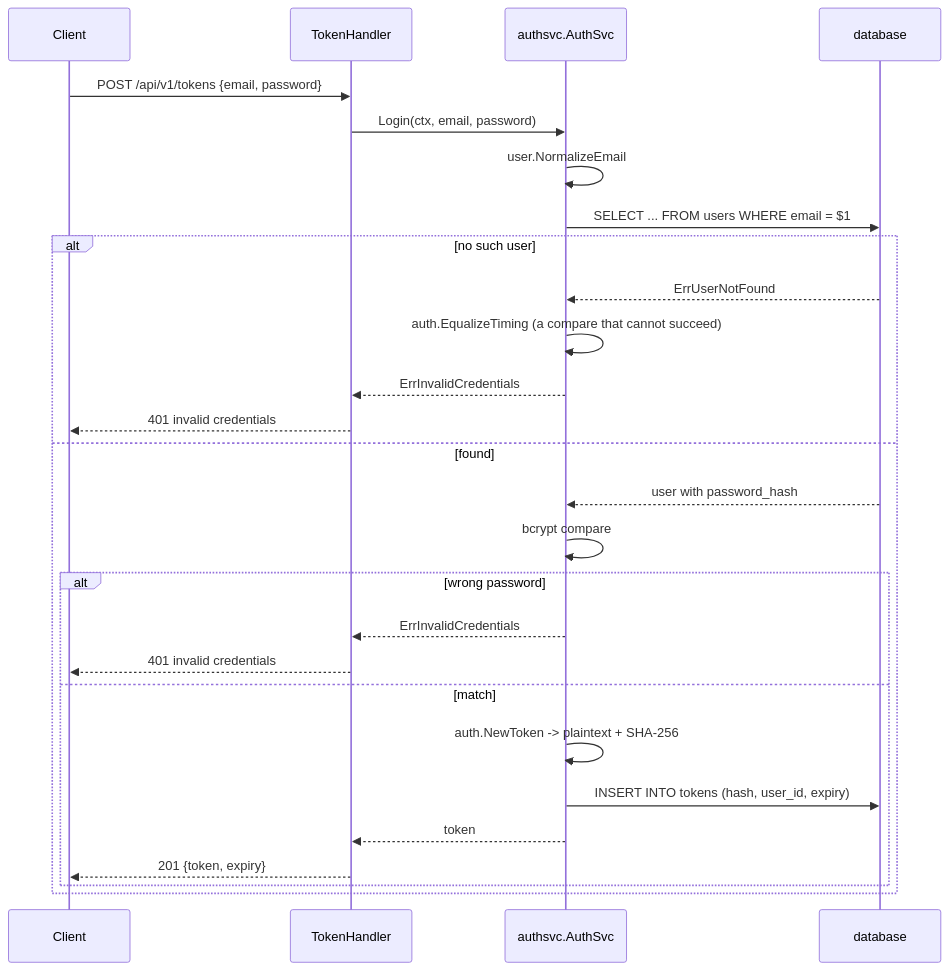
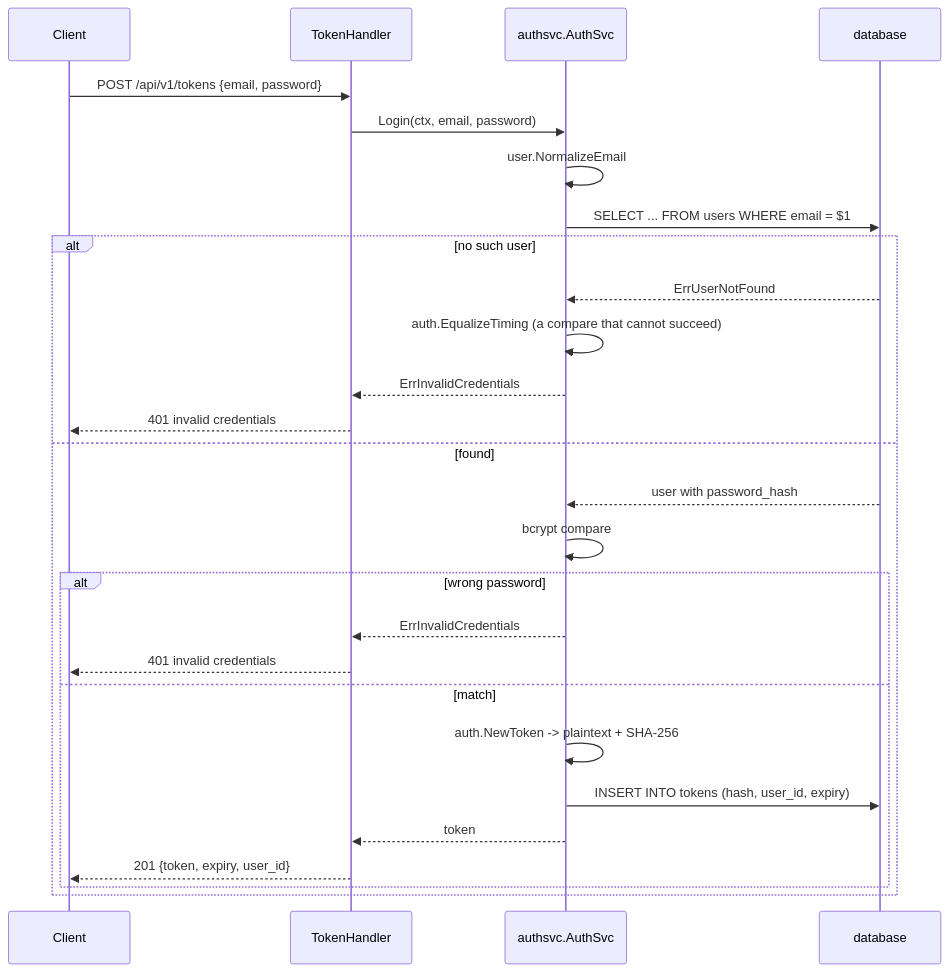
The second of 3 diagrams in dev/auth.md (salandered/wavelen), drawn with Mermaid before and after one commit. The commit also changed other lines of this file and 27 other files, not shown here.

````diff
--- a/dev/auth.md
+++ b/dev/auth.md
@@ -40,30 +40,30 @@
 ```mermaid
 sequenceDiagram
     participant C as Client
     participant H as TokenHandler
     participant S as authsvc.AuthSvc
     participant DB as database
 
     C->>H: POST /api/v1/tokens {email, password}
     H->>S: Login(ctx, email, password)
     S->>S: user.NormalizeEmail
     S->>DB: SELECT ... FROM users WHERE email = $1
     alt no such user
         DB-->>S: ErrUserNotFound
         S->>S: auth.EqualizeTiming (a compare that cannot succeed)
         S-->>H: ErrInvalidCredentials
         H-->>C: 401 invalid credentials
     else found
         DB-->>S: user with password_hash
         S->>S: bcrypt compare
         alt wrong password
             S-->>H: ErrInvalidCredentials
             H-->>C: 401 invalid credentials
         else match
             S->>S: auth.NewToken -> plaintext + SHA-256
             S->>DB: INSERT INTO tokens (hash, user_id, expiry)
             S-->>H: token
-            H-->>C: 201 {token, expiry}
+            H-->>C: 201 {token, expiry, user_id}
         end
     end
 ```
````
